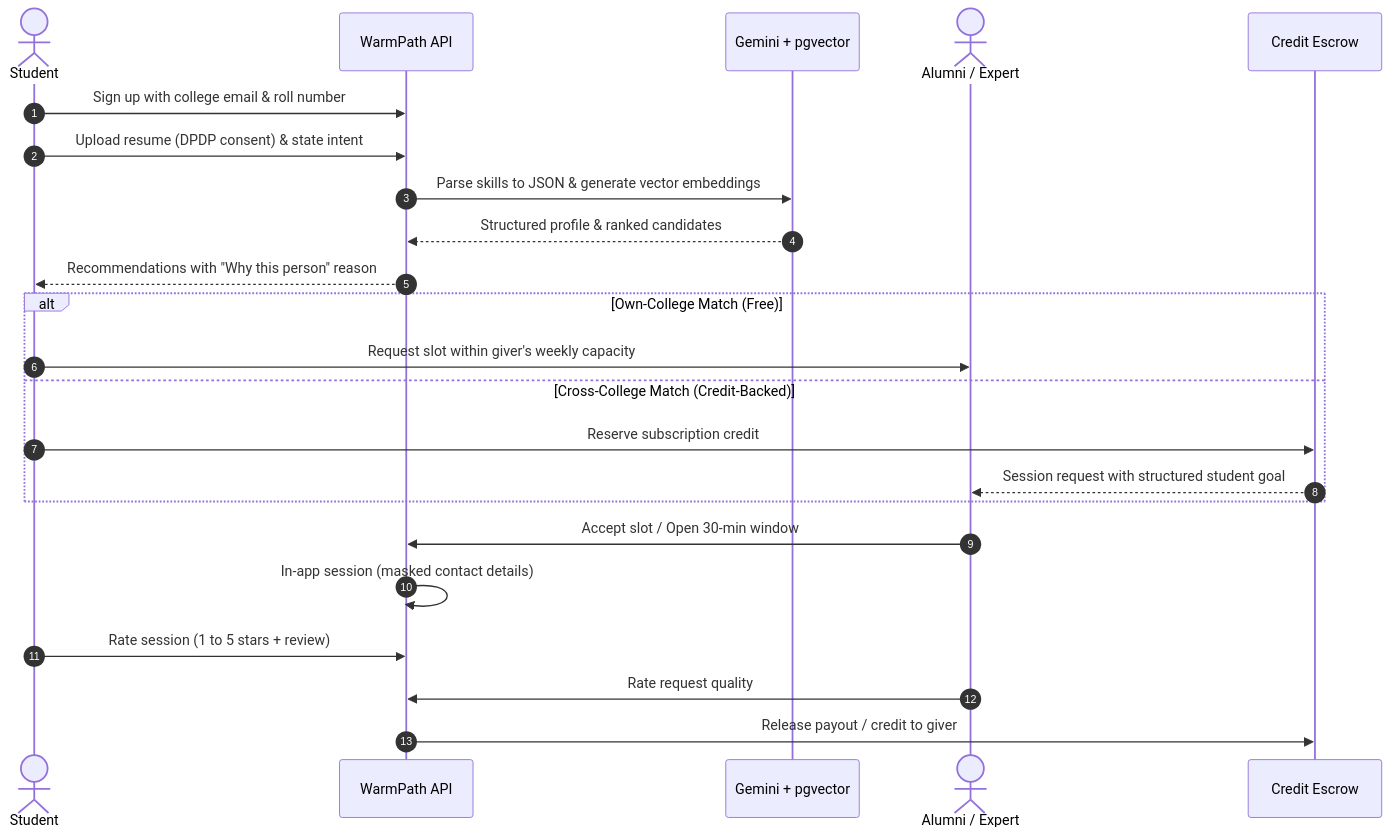
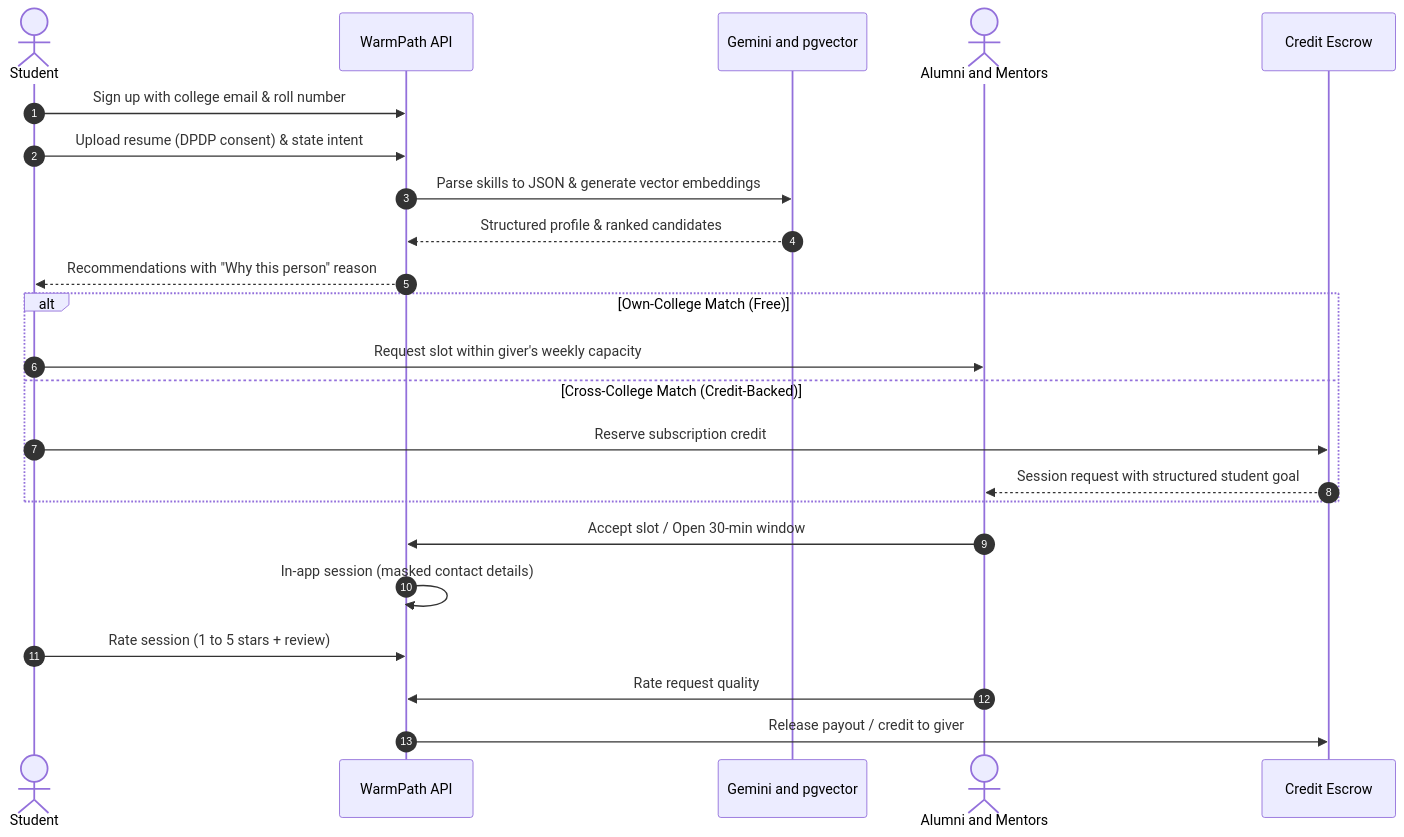
One commit to AnmolGarg8/WarmPath changed the first of 2 diagrams in README.md. Above: the diagram before and after it, drawn with Mermaid. The commit also changed other lines of this file and 1 other file, not shown here.

Commit message:
fix: resolve Mermaid rendering syntax error on GitHub

````diff
--- a/README.md
+++ b/README.md
@@ -87,28 +87,28 @@
 ```mermaid
 sequenceDiagram
     autonumber
     actor Student
     participant WarmPath as WarmPath API
-    participant AI as Gemini + pgvector
-    actor Giver as Alumni / Expert
+    participant AI as Gemini and pgvector
+    actor Giver as Alumni and Mentors
     participant Escrow as Credit Escrow
 
     Student->>WarmPath: Sign up with college email & roll number
     Student->>WarmPath: Upload resume (DPDP consent) & state intent
     WarmPath->>AI: Parse skills to JSON & generate vector embeddings
     AI-->>WarmPath: Structured profile & ranked candidates
     WarmPath-->>Student: Recommendations with "Why this person" reason
 
     alt Own-College Match (Free)
         Student->>Giver: Request slot within giver's weekly capacity
     else Cross-College Match (Credit-Backed)
         Student->>Escrow: Reserve subscription credit
         Escrow-->>Giver: Session request with structured student goal
     end
 
     Giver->>WarmPath: Accept slot / Open 30-min window
     WarmPath->>WarmPath: In-app session (masked contact details)
     Student->>WarmPath: Rate session (1 to 5 stars + review)
     Giver->>WarmPath: Rate request quality
     WarmPath->>Escrow: Release payout / credit to giver
 ```
````
